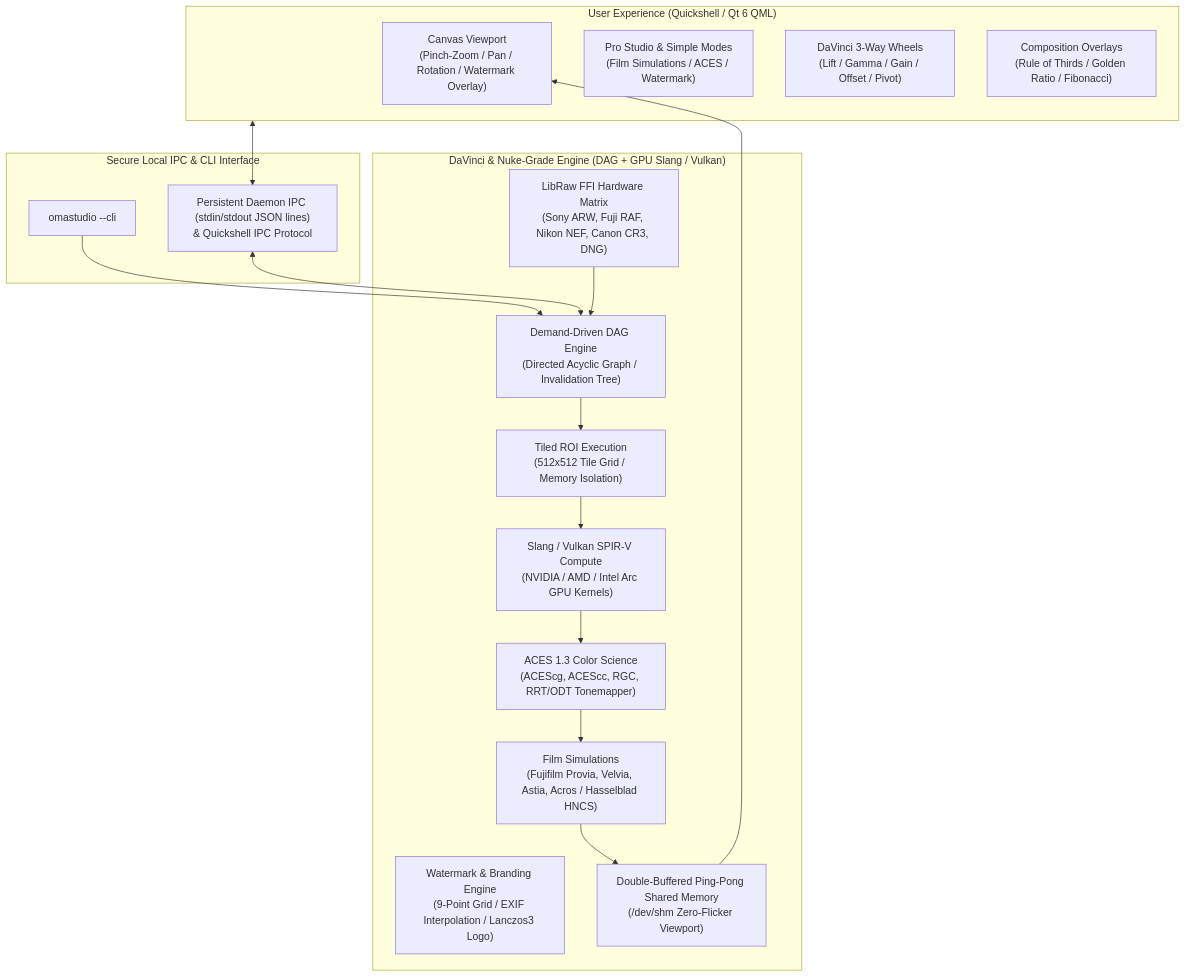
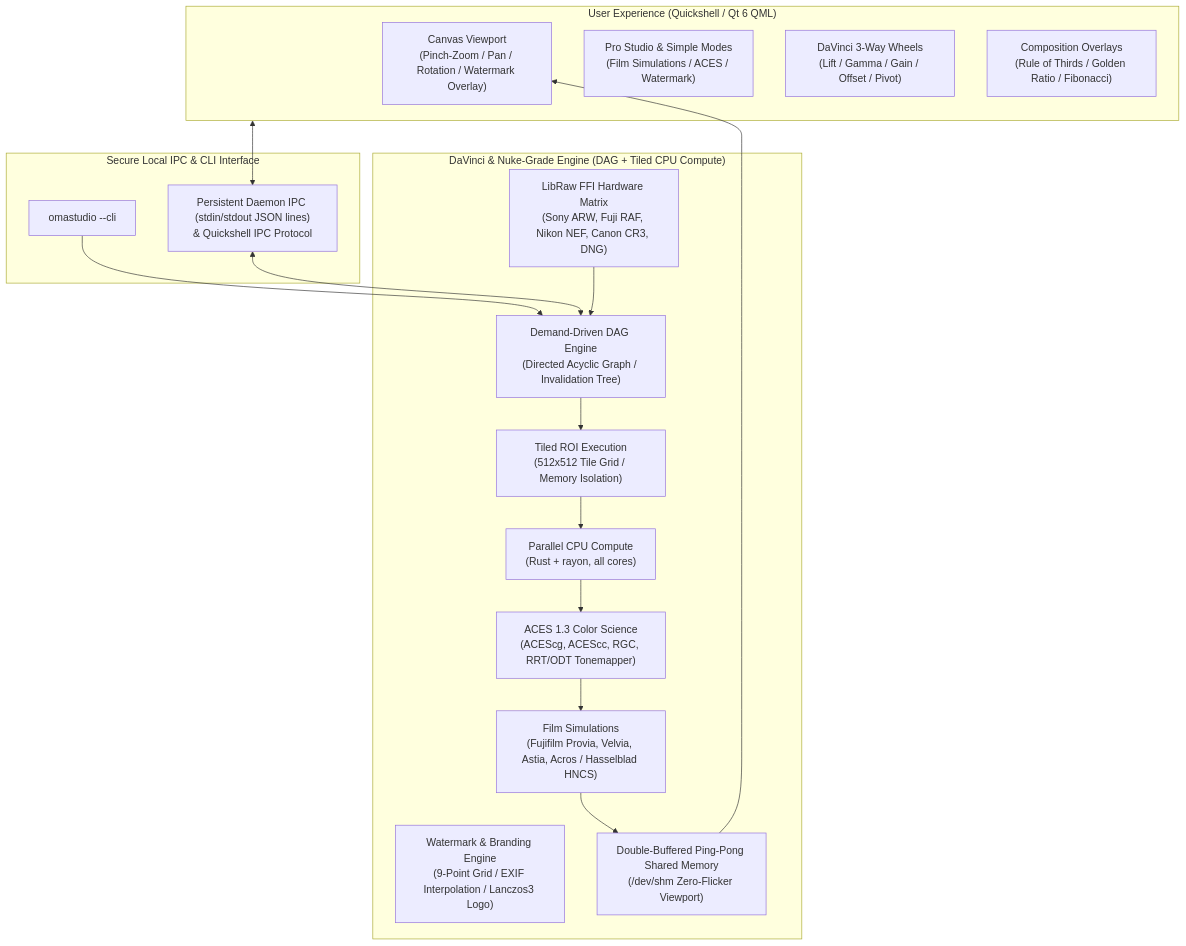
The first of 2 diagrams in README.md (ozdil/omarchy-omastudio), drawn with Mermaid before and after one commit. The commit also changed other lines of this file and 3 other files, not shown here.

````diff
--- a/README.md
+++ b/README.md
@@ -27,36 +27,36 @@
 ```mermaid
 graph TD
     subgraph UI [" User Experience (Quickshell / Qt 6 QML)"]
         Viewport["Canvas Viewport<br/>(Pinch-Zoom / Pan / Rotation / Watermark Overlay)"]
         Inspector["Pro Studio & Simple Modes<br/>(Film Simulations / ACES / Watermark)"]
         Wheels["DaVinci 3-Way Wheels<br/>(Lift / Gamma / Gain / Offset / Pivot)"]
         CropTool["Composition Overlays<br/>(Rule of Thirds / Golden Ratio / Fibonacci)"]
     end
 
     subgraph IPC [" Secure Local IPC & CLI Interface"]
         CLI["omastudio --cli"]
         Sock["Persistent Daemon IPC (stdin/stdout JSON lines)<br/>& Quickshell IPC Protocol"]
     end
 
-    subgraph Engine [" DaVinci & Nuke-Grade Engine (DAG + GPU Slang / Vulkan)"]
+    subgraph Engine [" DaVinci & Nuke-Grade Engine (DAG + Tiled CPU Compute)"]
         DAGEngine["Demand-Driven DAG Engine<br/>(Directed Acyclic Graph / Invalidation Tree)"]
         TiledEngine["Tiled ROI Execution<br/>(512x512 Tile Grid / Memory Isolation)"]
-        GPUCompute["Slang / Vulkan SPIR-V Compute<br/>(NVIDIA / AMD / Intel Arc GPU Kernels)"]
+        GPUCompute["Parallel CPU Compute<br/>(Rust + rayon, all cores)"]
         Decoders["LibRaw FFI Hardware Matrix<br/>(Sony ARW, Fuji RAF, Nikon NEF, Canon CR3, DNG)"]
         ACES["ACES 1.3 Color Science<br/>(ACEScg, ACEScc, RGC, RRT/ODT Tonemapper)"]
         FilmSim["Film Simulations<br/>(Fujifilm Provia, Velvia, Astia, Acros / Hasselblad HNCS)"]
         WatermarkEngine["Watermark & Branding Engine<br/>(9-Point Grid / EXIF Interpolation / Lanczos3 Logo)"]
         ShmPingPong["Double-Buffered Ping-Pong Shared Memory<br/>(/dev/shm Zero-Flicker Viewport)"]
     end
 
     UI <--> Sock
     CLI --> DAGEngine
     Sock <--> DAGEngine
     DAGEngine --> TiledEngine
     TiledEngine --> GPUCompute
     Decoders --> DAGEngine
     GPUCompute --> ACES
     ACES --> FilmSim
     FilmSim --> ShmPingPong
     ShmPingPong --> Viewport
 ```
````
